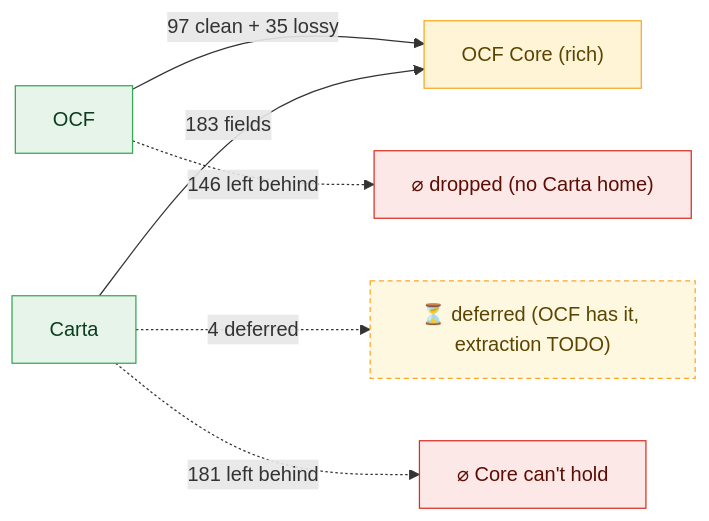
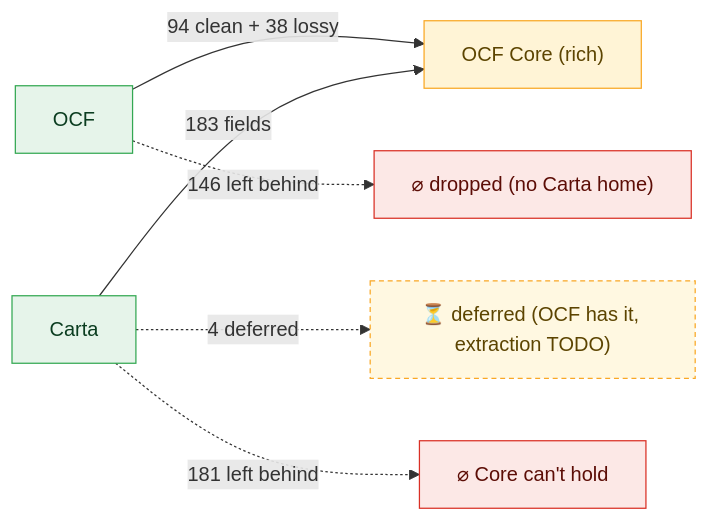
Before and after one commit to Open-Cap-Table-Coalition/OCF-Composed-Schemas: the first of 47 diagrams in docs/core-bidirectional-flow.md, drawn with Mermaid. The commit also changed other lines of this file and 16 other files, not shown here.

````diff
--- a/docs/core-bidirectional-flow.md
+++ b/docs/core-bidirectional-flow.md
@@ -11,13 +11,13 @@
 ```mermaid
 flowchart LR
   classDef core fill:#fff4d6,stroke:#f9a825,color:#5c4400;
   classDef in fill:#e6f4ea,stroke:#34a853,color:#0b3d20;
   classDef out fill:#fce8e6,stroke:#d93025,color:#5c0d06;
   classDef defer fill:#fff8e1,stroke:#f9a825,color:#5c4400,stroke-dasharray:4 3;
-  OCF["OCF"]:::in -->|"97 clean + 35 lossy"| CORE
+  OCF["OCF"]:::in -->|"94 clean + 38 lossy"| CORE
   OCF -.->|"146 left behind"| ocfvoid["⌀ dropped (no Carta home)"]:::out
   CORE["OCF Core (rich)"]:::core
   Carta["Carta"]:::in -->|"183 fields"| CORE
   Carta -.->|"4 deferred"| deferbox["⏳ deferred (OCF has it, extraction TODO)"]:::defer
   Carta -.->|"181 left behind"| cartavoid["⌀ Core can't hold"]:::out
 ```
````
